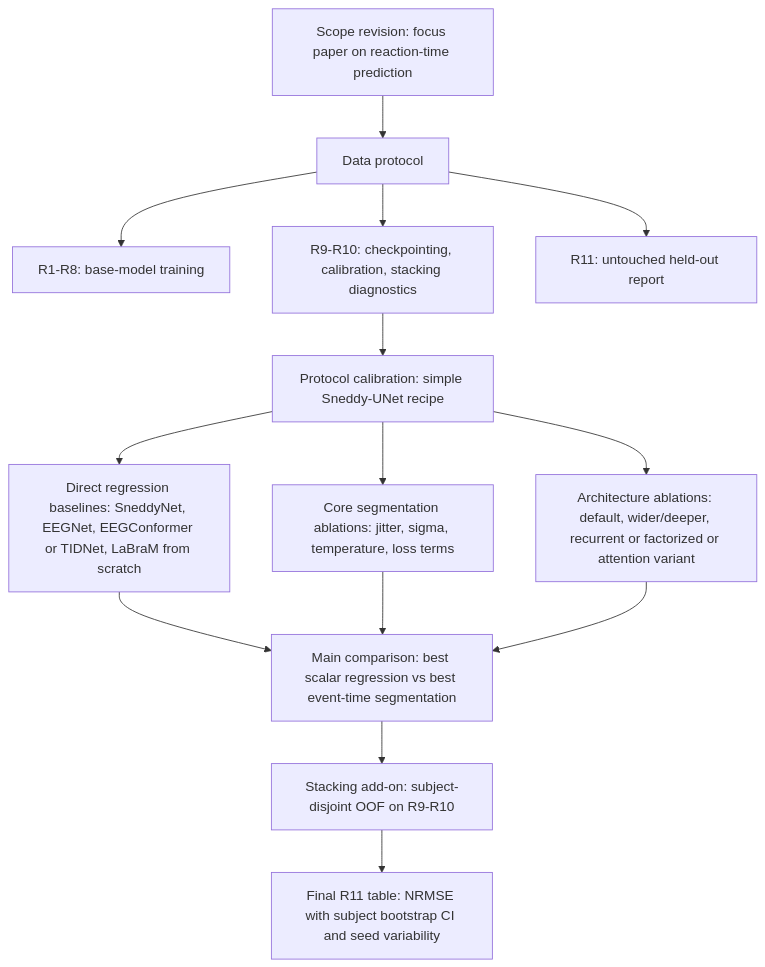
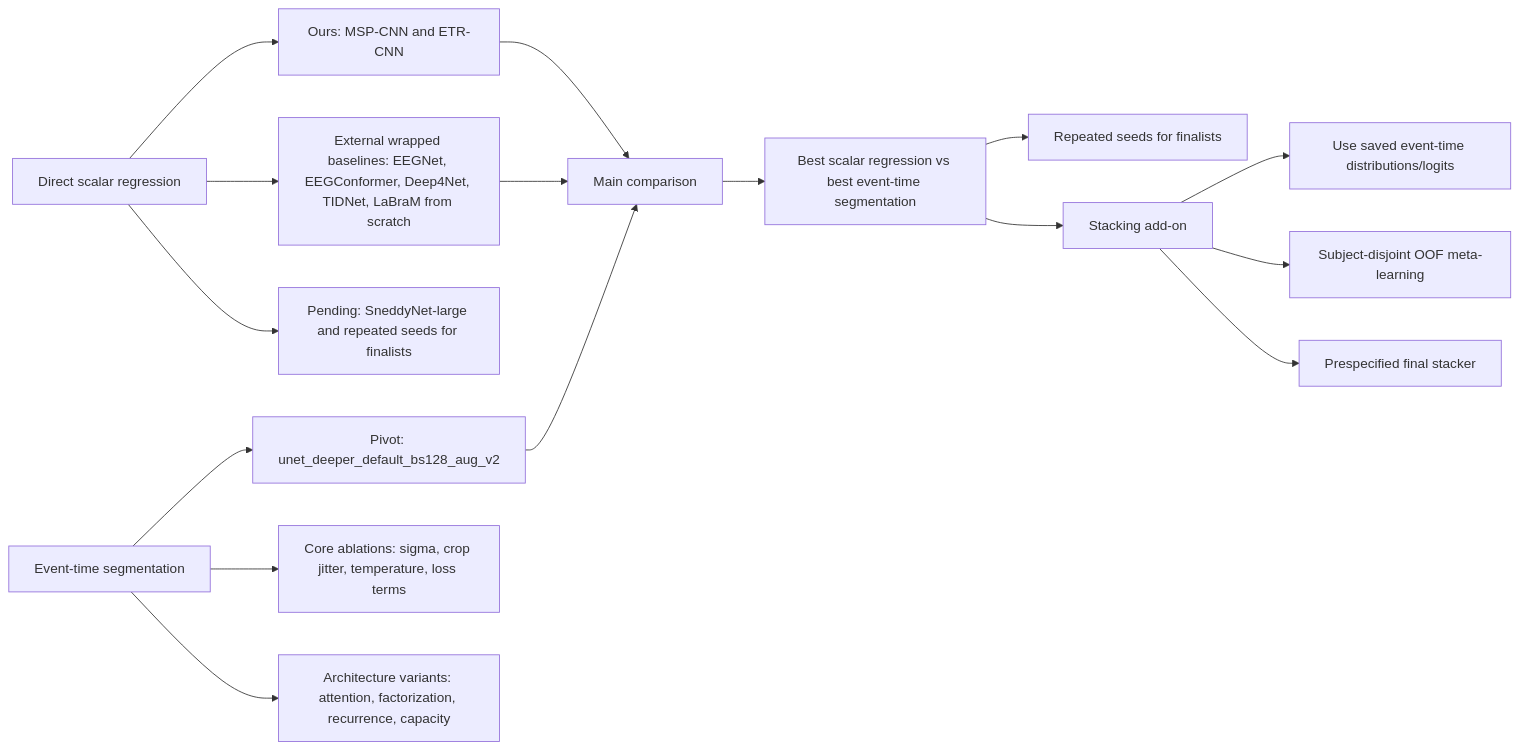
One commit to sneddy/neurosned changed the second of 2 diagrams in benchmarks/EXPERIMENTS.md. Above: the diagram before and after it, drawn with Mermaid. The commit also changed other lines of this file and 22 other files, not shown here.

````diff
--- a/benchmarks/EXPERIMENTS.md
+++ b/benchmarks/EXPERIMENTS.md
@@ -130,16 +143,21 @@
 ```mermaid
-flowchart TD
-    A[Scope revision: focus paper on reaction-time prediction] --> B[Data protocol]
-    B --> B1[R1-R8: base-model training]
-    B --> B2[R9-R10: checkpointing, calibration, stacking diagnostics]
-    B --> B3[R11: untouched held-out report]
-    B2 --> C[Protocol calibration: simple Sneddy-UNet recipe]
-    C --> D[Direct regression baselines: SneddyNet, EEGNet, EEGConformer or TIDNet, LaBraM from scratch]
-    C --> E[Core segmentation ablations: jitter, sigma, temperature, loss terms]
-    C --> F[Architecture ablations: default, wider/deeper, recurrent or factorized or attention variant]
-    D --> G[Main comparison: best scalar regression vs best event-time segmentation]
-    E --> G
-    F --> G
-    G --> H[Stacking add-on: subject-disjoint OOF on R9-R10]
-    H --> I[Final R11 table: NRMSE with subject bootstrap CI and seed variability]
+flowchart LR
+    A["Direct scalar regression"] --> A1["Ours: MSP-CNN and ETR-CNN"]
+    A --> A2["External wrapped baselines: EEGNet, EEGConformer, Deep4Net, TIDNet, LaBraM from scratch"]
+    A --> A3["Pending: SneddyNet-large and repeated seeds for finalists"]
+
+    B["Event-time segmentation"] --> B1["Pivot: unet_deeper_default_bs128_aug_v2"]
+    B --> B2["Core ablations: sigma, crop jitter, temperature, loss terms"]
+    B --> B3["Architecture variants: attention, factorization, recurrence, capacity"]
+
+    A1 --> C["Main comparison"]
+    A2 --> C
+    B1 --> C
+    C --> C1["Best scalar regression vs best event-time segmentation"]
+    C1 --> D["Repeated seeds for finalists"]
+
+    C1 --> E["Stacking add-on"]
+    E --> E1["Use saved event-time distributions/logits"]
+    E --> E2["Subject-disjoint OOF meta-learning"]
+    E --> E3["Prespecified final stacker"]
 ```
````
